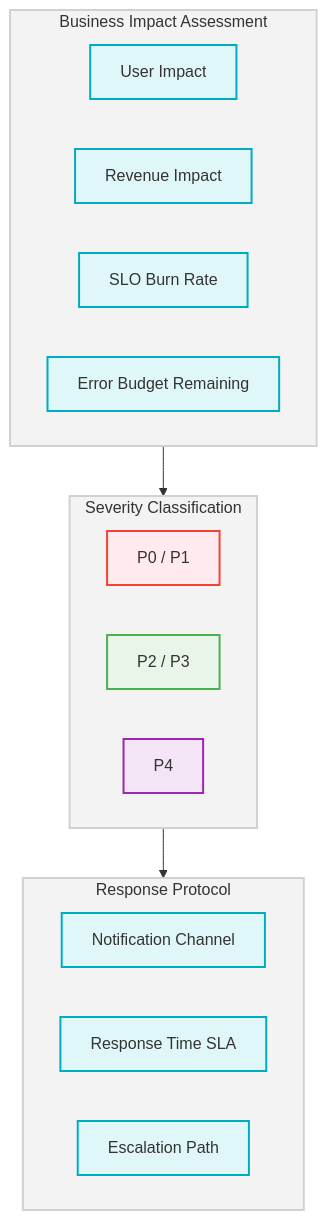
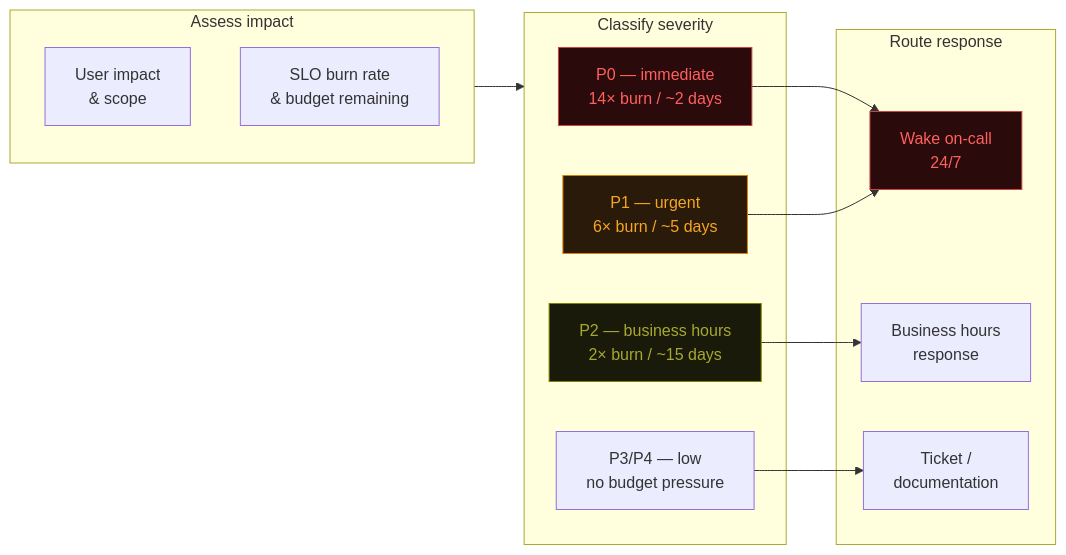
One commit to radra23/scryops-site changed the diagram in content/guides/alert-severity-levels.md. Above: the diagram before and after it, drawn with Mermaid.

Commit message:
feat: Revise flowchart for severity classification and response protocol in alert severity levels guide

```diff
--- a/content/guides/alert-severity-levels.md
+++ b/content/guides/alert-severity-levels.md
@@ -28,31 +28,29 @@
 {{< mermaid >}}
-flowchart TD
- subgraph subGraph0["Business Impact Assessment"]
-        D["User Impact"]:::highlight
-        E["Revenue Impact"]:::highlight
-        F["SLO Burn Rate"]:::highlight
-        S["Error Budget Remaining"]:::highlight
-  end
- subgraph subGraph1["Severity Classification"]
-        G["P0 / P1"]:::critical
-        H["P2 / P3"]:::medium
-        I["P4"]:::info
-  end
- subgraph subGraph2["Response Protocol"]
-        J["Notification Channel"]:::highlight
-        K["Response Time SLA"]:::highlight
-        M["Escalation Path"]:::highlight
-  end
-    subGraph0 --> subGraph1
-    subGraph1 --> subGraph2
+flowchart LR
+    subgraph assess["Assess impact"]
+        ui["User impact\n& scope"]
+        br["SLO burn rate\n& budget remaining"]
+    end
+    subgraph classify["Classify severity"]
+        p0["P0 — immediate\n14× burn / ~2 days"]
+        p1["P1 — urgent\n6× burn / ~5 days"]
+        p2["P2 — business hours\n2× burn / ~15 days"]
+        p34["P3/P4 — low\nno budget pressure"]
+    end
+    subgraph route["Route response"]
+        wake["Wake on-call\n24/7"]
+        bh["Business hours\nresponse"]
+        ticket["Ticket /\ndocumentation"]
+    end
 
-subGraph0:::back
-subGraph1:::back
-subGraph2:::back
+    assess --> classify
+    p0 --> wake
+    p1 --> wake
+    p2 --> bh
+    p34 --> ticket
 
-classDef back fill:#F3F3F3,stroke:#D1D1D1,stroke-width:2px
-classDef highlight fill:#E0F7FA,stroke:#00ACC1,stroke-width:2px
-classDef critical fill:#FFEBEE,stroke:#F44336,stroke-width:2px
-classDef medium fill:#E8F5E9,stroke:#4CAF50,stroke-width:2px
-classDef info fill:#F3E5F5,stroke:#9C27B0,stroke-width:2px
+    style p0 fill:#2A0A0A,stroke:#CC4444,color:#FF6060
+    style p1 fill:#2A1A0A,stroke:#D4820A,color:#F5A623
+    style p2 fill:#1A1A0A,stroke:#808000,color:#A8A830
+    style wake fill:#2A0A0A,stroke:#CC4444,color:#FF6060
 {{< /mermaid >}}
```
